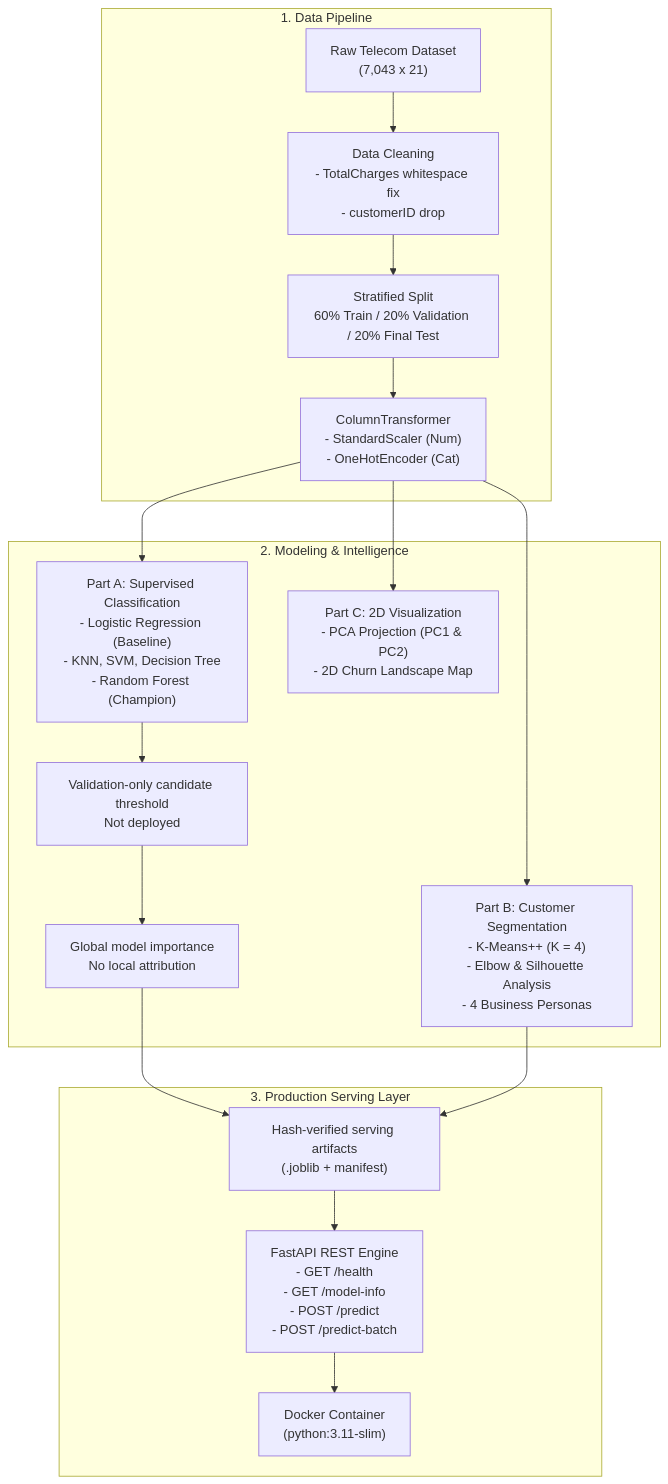
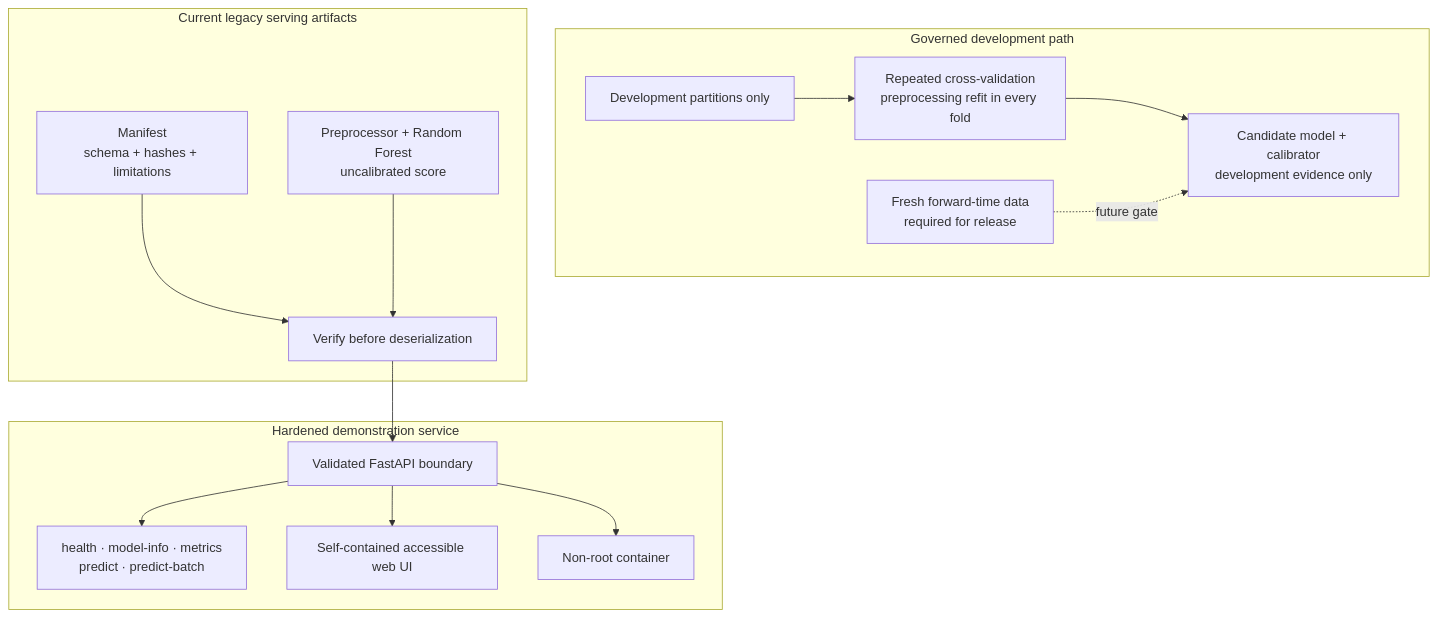
The diagram in README.md (jasirjru/CustomerIQ), drawn with Mermaid before and after one commit. The commit also changed other lines of this file and 2 other files, not shown here.

Commit message:
docs: align public claims with release status

````diff
--- a/README.md
+++ b/README.md
@@ -35,26 +35,20 @@
 ```mermaid
 flowchart TD
-    subgraph Data["1. Data Pipeline"]
-        Raw["Raw Telecom Dataset\n(7,043 x 21)"] --> Clean["Data Cleaning\n- TotalCharges whitespace fix\n- customerID drop"]
-        Clean --> Split["Stratified Split\n60% Train / 20% Validation / 20% Final Test"]
-        Split --> Trans["ColumnTransformer\n- StandardScaler (Num)\n- OneHotEncoder (Cat)"]
+    subgraph Development["Governed development path"]
+        DevData["Development partitions only"] --> CV["Repeated cross-validation\npreprocessing refit in every fold"]
+        CV --> Candidate["Candidate model + calibrator\ndevelopment evidence only"]
+        Fresh["Fresh forward-time data\nrequired for release"] -. future gate .-> Candidate
     end
 
-    subgraph ML["2. Modeling & Intelligence"]
-        Trans --> Supervised["Part A: Supervised Classification\n- Logistic Regression (Baseline)\n- KNN, SVM, Decision Tree\n- Random Forest (Champion)"]
-        Supervised --> Threshold["Validation-only candidate threshold\nNot deployed"]
-        
-        Trans --> Unsupervised["Part B: Customer Segmentation\n- K-Means++ (K = 4)\n- Elbow & Silhouette Analysis\n- 4 Business Personas"]
-        
-        Trans --> PCA["Part C: 2D Visualization\n- PCA Projection (PC1 & PC2)\n- 2D Churn Landscape Map"]
-        
-        Threshold --> XAI["Global model importance\nNo local attribution"]
+    subgraph Artifacts["Current legacy serving artifacts"]
+        Manifest["Manifest\nschema + hashes + limitations"] --> Verify["Verify before deserialization"]
+        Model["Preprocessor + Random Forest\nuncalibrated score"] --> Verify
     end
 
-    subgraph Serving["3. Production Serving Layer"]
-        XAI --> ModelArtifacts["Hash-verified serving artifacts\n(.joblib + manifest)"]
-        Unsupervised --> ModelArtifacts
-        ModelArtifacts --> FastAPI["FastAPI REST Engine\n- GET /health\n- GET /model-info\n- POST /predict\n- POST /predict-batch"]
-        FastAPI --> Docker["Docker Container\n(python:3.11-slim)"]
+    subgraph Serving["Hardened demonstration service"]
+        Verify --> FastAPI["Validated FastAPI boundary"]
+        FastAPI --> Endpoints["health · model-info · metrics\npredict · predict-batch"]
+        FastAPI --> Web["Self-contained accessible web UI"]
+        FastAPI --> Container["Non-root container"]
     end
 ```
````
